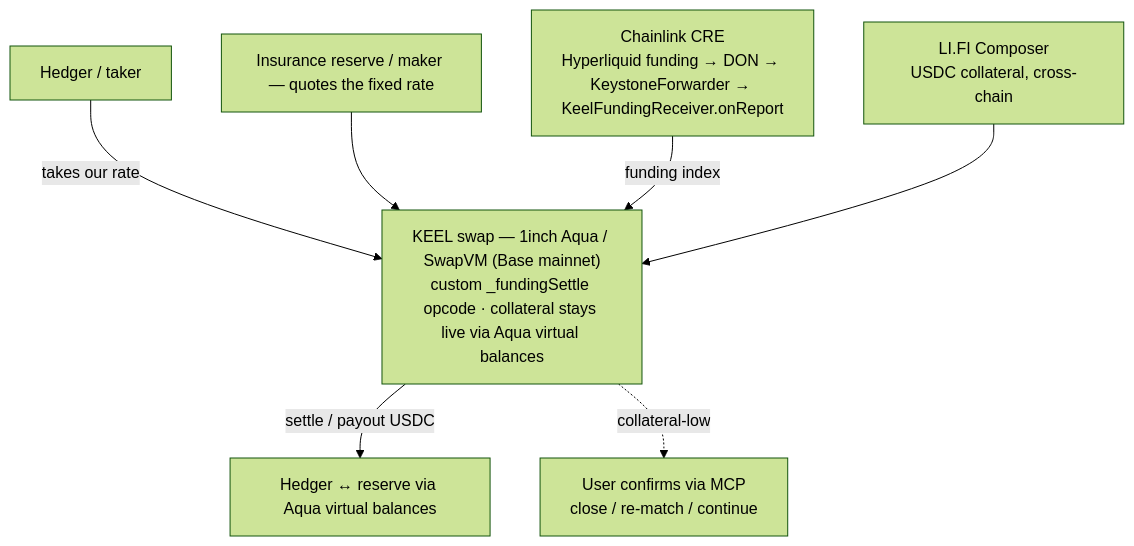
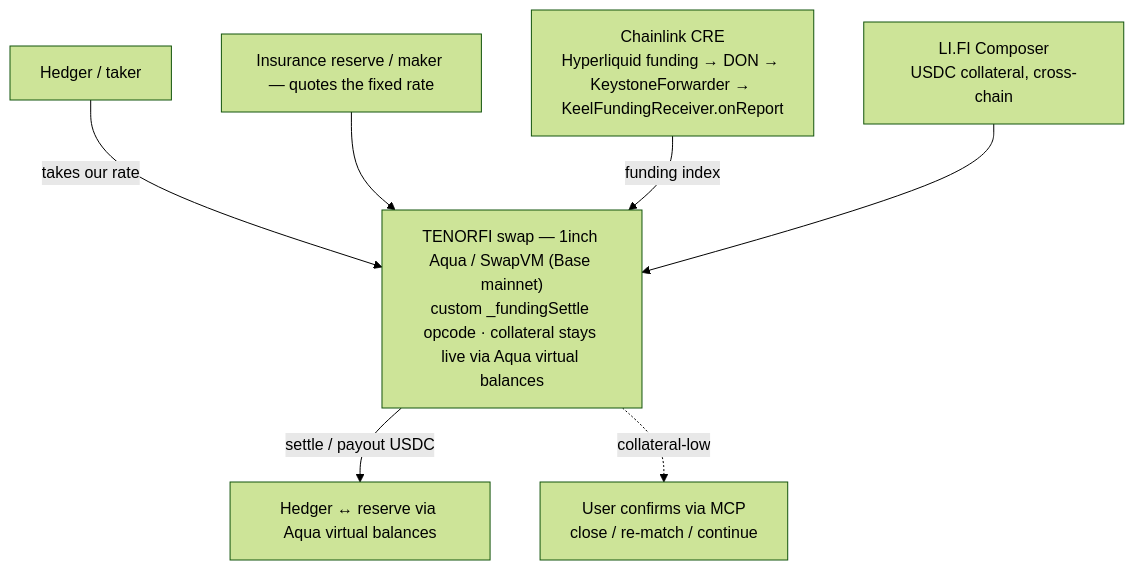
One commit to 0xYudhishthra/TenorFi changed the first of 2 diagrams in README.md. Above: the diagram before and after it, drawn with Mermaid (forest theme). The commit also changed other lines of this file and 6 other files, not shown here.

First line of the commit message:
docs: rebrand Keel → TenorFi + reframe narrative as the interest-rate swap for perps

````diff
--- a/README.md
+++ b/README.md
@@ -51,10 +53,10 @@
 ```mermaid
 flowchart TB
-    HEDGER["Hedger / taker"] -->|takes our rate| KEEL
-    RESERVE["Insurance reserve / maker — quotes the fixed rate"] --> KEEL
-    CRE["Chainlink CRE<br/>Hyperliquid funding → DON → KeystoneForwarder → KeelFundingReceiver.onReport"] -->|funding index| KEEL
-    LIFI["LI.FI Composer<br/>USDC collateral, cross-chain"] --> KEEL
-    KEEL["KEEL swap — 1inch Aqua / SwapVM (Base mainnet)<br/>custom _fundingSettle opcode · collateral stays live via Aqua virtual balances"]
-    KEEL -->|settle / payout USDC| OUT["Hedger ↔ reserve via Aqua virtual balances"]
-    KEEL -.->|collateral-low| BRINK["User confirms via MCP<br/>close / re-match / continue"]
+    HEDGER["Hedger / taker"] -->|takes our rate| TENORFI
+    RESERVE["Insurance reserve / maker — quotes the fixed rate"] --> TENORFI
+    CRE["Chainlink CRE<br/>Hyperliquid funding → DON → KeystoneForwarder → KeelFundingReceiver.onReport"] -->|funding index| TENORFI
+    LIFI["LI.FI Composer<br/>USDC collateral, cross-chain"] --> TENORFI
+    TENORFI["TENORFI swap — 1inch Aqua / SwapVM (Base mainnet)<br/>custom _fundingSettle opcode · collateral stays live via Aqua virtual balances"]
+    TENORFI -->|settle / payout USDC| OUT["Hedger ↔ reserve via Aqua virtual balances"]
+    TENORFI -.->|collateral-low| BRINK["User confirms via MCP<br/>close / re-match / continue"]
 ```
````
